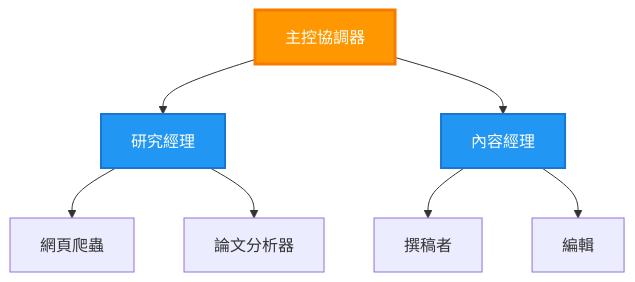
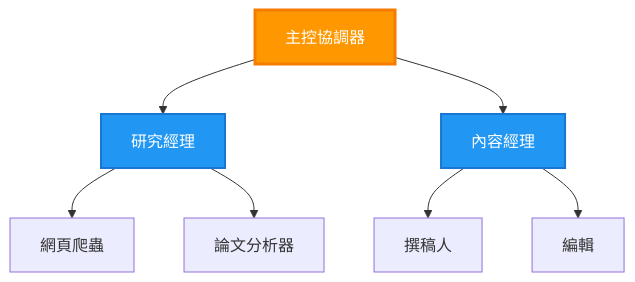
The third of 6 diagrams in translations/zh-HK/docs/chapter-06-pre-deployment/coordination-patterns.md (microsoft/AZD-for-beginners), drawn with Mermaid before and after one commit. The commit also changed other lines of this file and 101 other files, not shown here.

````diff
--- a/translations/zh-HK/docs/chapter-06-pre-deployment/coordination-patterns.md
+++ b/translations/zh-HK/docs/chapter-06-pre-deployment/coordination-patterns.md
@@ -149,21 +143,21 @@
 ```mermaid
 graph TB
     Master[主控協調器]
     Manager1[研究經理]
     Manager2[內容經理]
     W1[網頁爬蟲]
     W2[論文分析器]
-    W3[撰稿者]
+    W3[撰稿人]
     W4[編輯]
     
     Master --> Manager1
     Master --> Manager2
     Manager1 --> W1
     Manager1 --> W2
     Manager2 --> W3
     Manager2 --> W4
     
     style Master fill:#FF9800,stroke:#F57C00,stroke-width:3px,color:#fff
     style Manager1 fill:#2196F3,stroke:#1976D2,stroke-width:2px,color:#fff
     style Manager2 fill:#2196F3,stroke:#1976D2,stroke-width:2px,color:#fff
 ```
````
